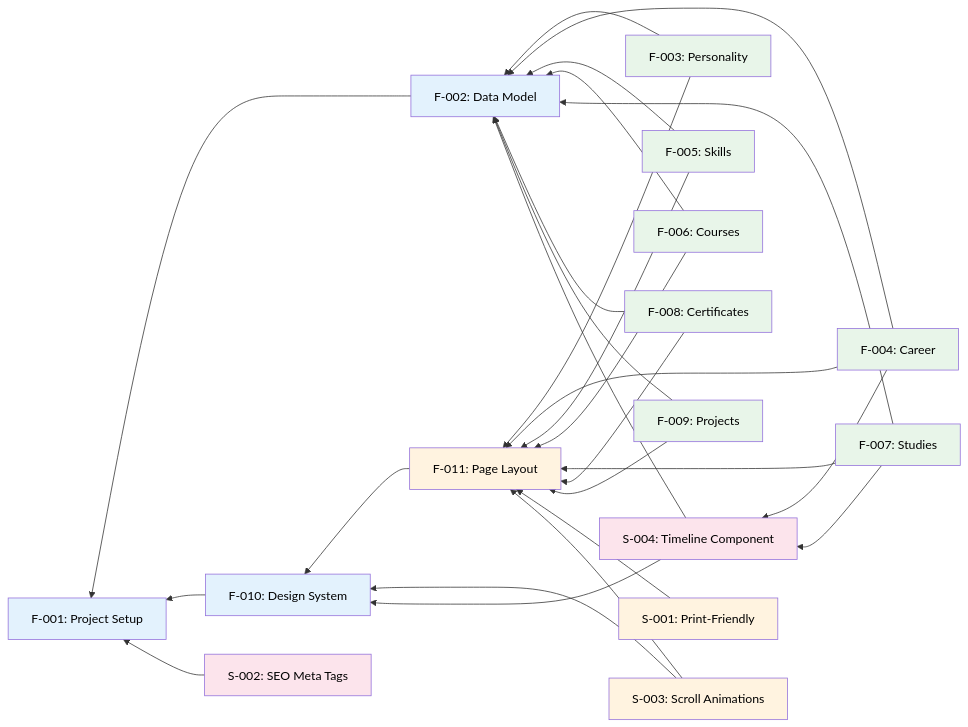
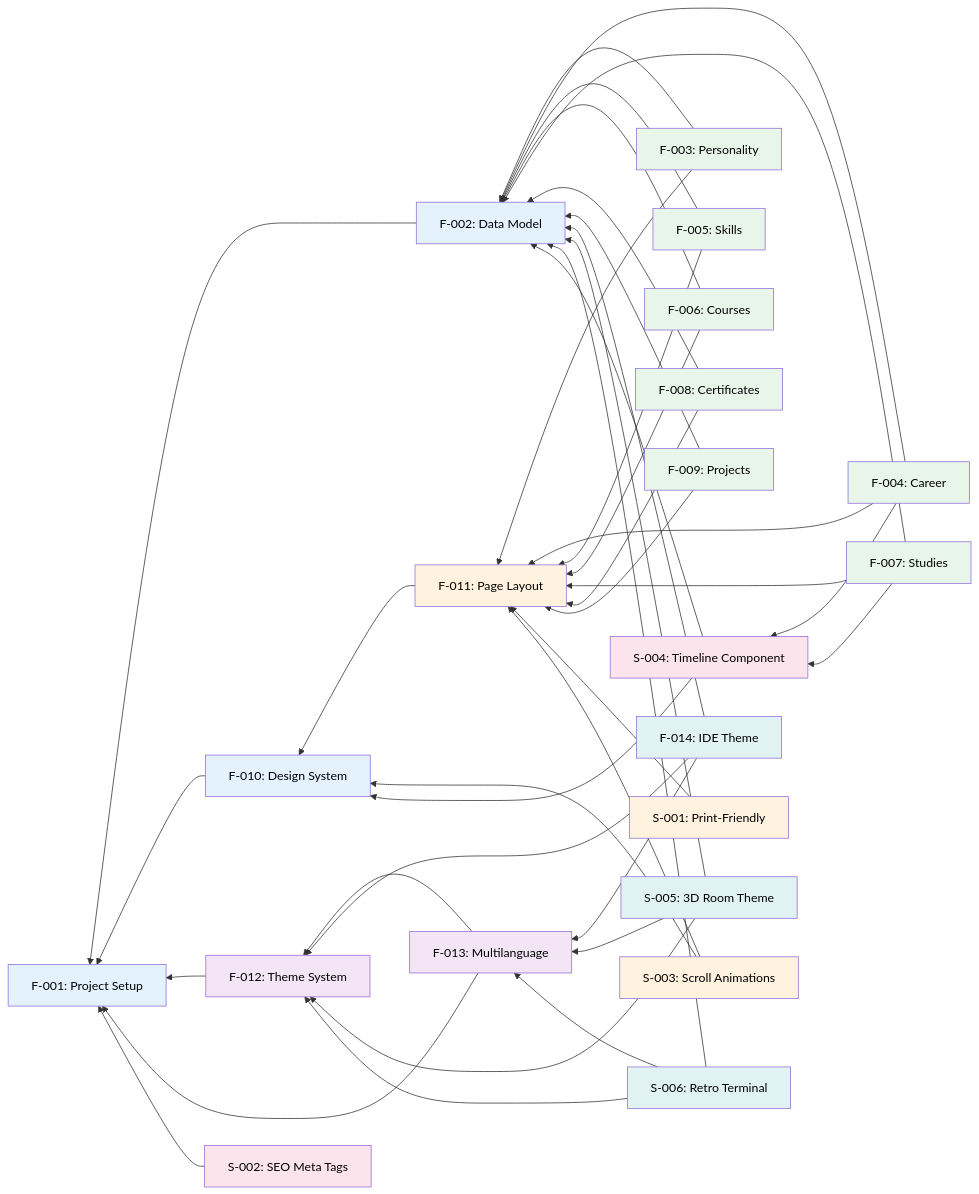
One commit to garcipat/cv-website changed the diagram in docs/Features.md. Above: the diagram before and after it, drawn with Mermaid. The commit also changed other lines of this file, not shown here.

Commit message:
add themes as features

````diff
--- a/docs/Features.md
+++ b/docs/Features.md
@@ -80,10 +90,15 @@
     F009["F-009: Projects"]
     F010["F-010: Design System"]
     F011["F-011: Page Layout"]
+    F012["F-012: Theme System"]
+    F013["F-013: Multilanguage"]
+    F014["F-014: IDE Theme"]
     S001["S-001: Print-Friendly"]
     S002["S-002: SEO Meta Tags"]
     S003["S-003: Scroll Animations"]
     S004["S-004: Timeline Component"]
+    S005["S-005: 3D Room Theme"]
+    S006["S-006: Retro Terminal"]
 
     F003 --> F002
     F004 --> F002
@@ -104,6 +119,19 @@
     F008 --> F011
     F009 --> F011
 
+    F012 --> F001
+    F013 --> F001
+    F013 --> F012
+    F014 --> F012
+    F014 --> F013
+    F014 --> F002
+    S005 --> F012
+    S005 --> F013
+    S005 --> F002
+    S006 --> F012
+    S006 --> F013
+    S006 --> F002
+
     S001 --> F011
     S002 --> F001
     S003 --> F010
@@ -119,13 +147,17 @@
     classDef projectSetup fill:#e3f2fd,color:#000000
     classDef cvSections fill:#e8f5e9,color:#000000
     classDef layoutNavigation fill:#fff3e0,color:#000000
+    classDef themeInfrastructure fill:#f3e5f5,color:#000000
+    classDef themes fill:#e0f2f1,color:#000000
     classDef enhancements fill:#fce4ec,color:#000000
 
     class F001 inProgress
-    class F002,F003,F004,F005,F006,F007,F008,F009,F010,F011 planned
-    class S001,S002,S003,S004 planned
+    class F002,F003,F004,F005,F006,F007,F008,F009,F010,F011,F012,F013,F014 planned
+    class S001,S002,S003,S004,S005,S006 planned
     class F001,F002,F010 projectSetup
     class F003,F004,F005,F006,F007,F008,F009 cvSections
     class F011,S001,S003 layoutNavigation
+    class F012,F013 themeInfrastructure
+    class F014,S005,S006 themes
     class S002,S004 enhancements
 ```
````
